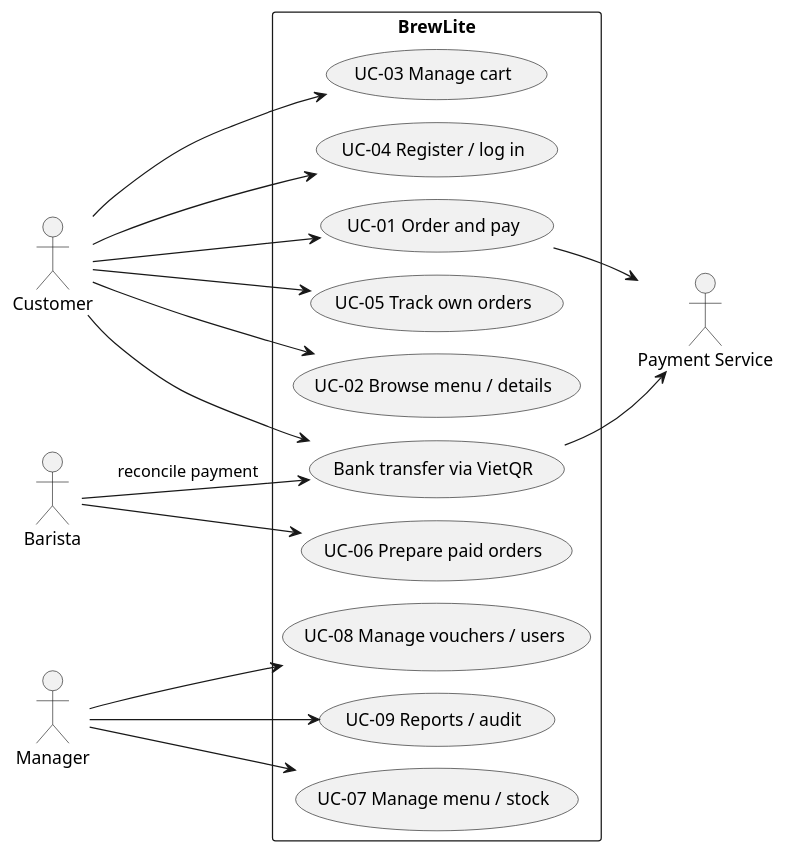
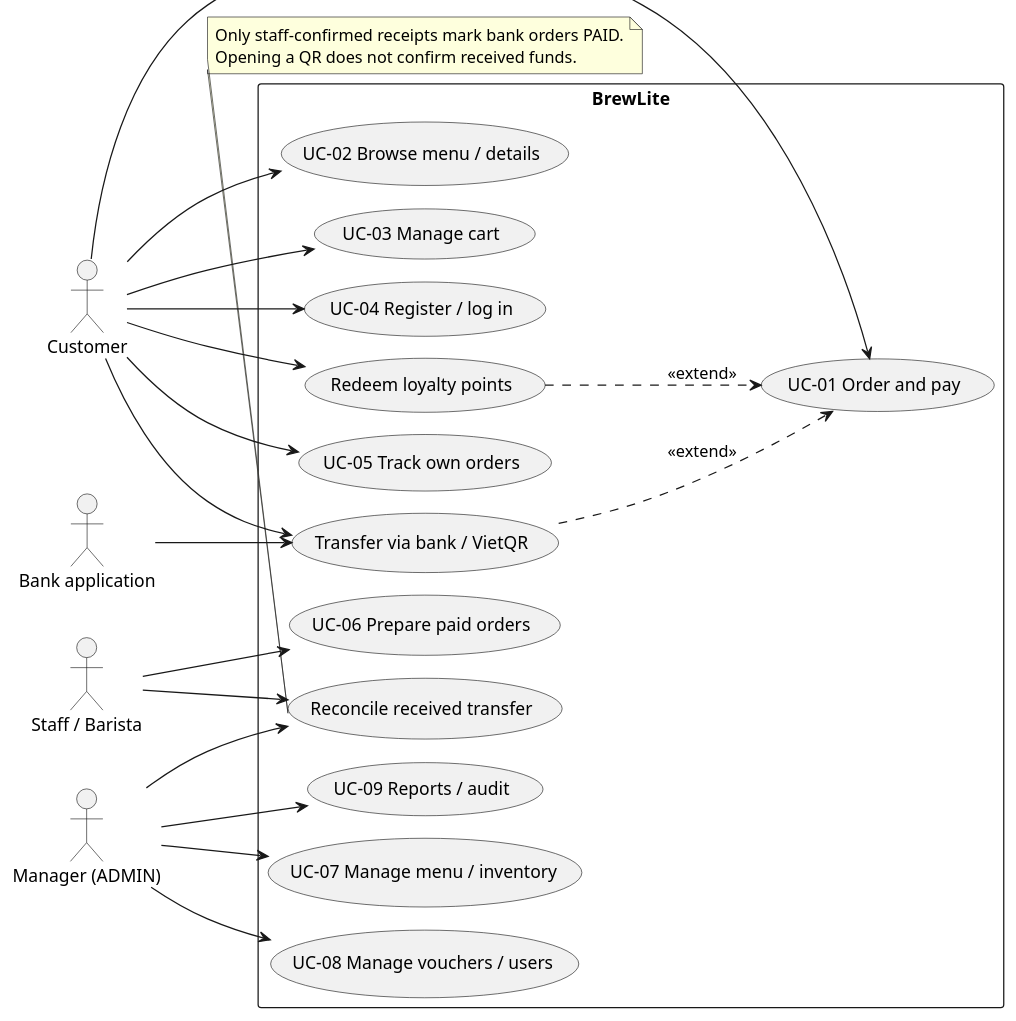
One commit to https-monstiez/BrewLite-AS2 changed the diagram in docs/diagrams/use-cases.puml. Above: the diagram before and after it, drawn with PlantUML. The commit also changed 30 other files, not shown here.

Commit message:
docs: deliver bank and points report in PDF and Word with updated demo

```diff
--- a/docs/diagrams/use-cases.puml
+++ b/docs/diagrams/use-cases.puml
@@ -1,35 +1,44 @@
 @startuml
 !pragma layout smetana
 skinparam shadowing false
 skinparam defaultFontName SansSerif
 left to right direction
 actor Customer
-actor Barista
-actor Manager
-actor "Payment Service" as PSP
+actor "Staff / Barista" as Staff
+actor "Manager (ADMIN)" as Manager
+actor "Bank application" as Bank
 rectangle BrewLite {
  usecase "UC-02 Browse menu / details" as browse
  usecase "UC-03 Manage cart" as cart
  usecase "UC-04 Register / log in" as auth
  usecase "UC-01 Order and pay" as checkout
- usecase "Bank transfer via VietQR" as bank
+ usecase "Transfer via bank / VietQR" as transfer
+ usecase "Redeem loyalty points" as points
+ usecase "Reconcile received transfer" as reconcile
  usecase "UC-05 Track own orders" as history
  usecase "UC-06 Prepare paid orders" as queue
- usecase "UC-07 Manage menu / stock" as menu
+ usecase "UC-07 Manage menu / inventory" as menu
  usecase "UC-08 Manage vouchers / users" as manage
  usecase "UC-09 Reports / audit" as report
 }
 Customer --> browse
 Customer --> cart
 Customer --> auth
 Customer --> checkout
 Customer --> history
-Customer --> bank
-bank --> PSP
-Barista --> bank : reconcile payment
-Barista --> queue
+Customer --> transfer
+Customer --> points
+Bank --> transfer
+Staff --> reconcile
+Staff --> queue
+Manager --> reconcile
 Manager --> menu
 Manager --> manage
 Manager --> report
-checkout --> PSP
+transfer ..> checkout : <<extend>>
+points ..> checkout : <<extend>>
+note bottom of reconcile
+Only staff-confirmed receipts mark bank orders PAID.
+Opening a QR does not confirm received funds.
+end note
 @enduml
```
